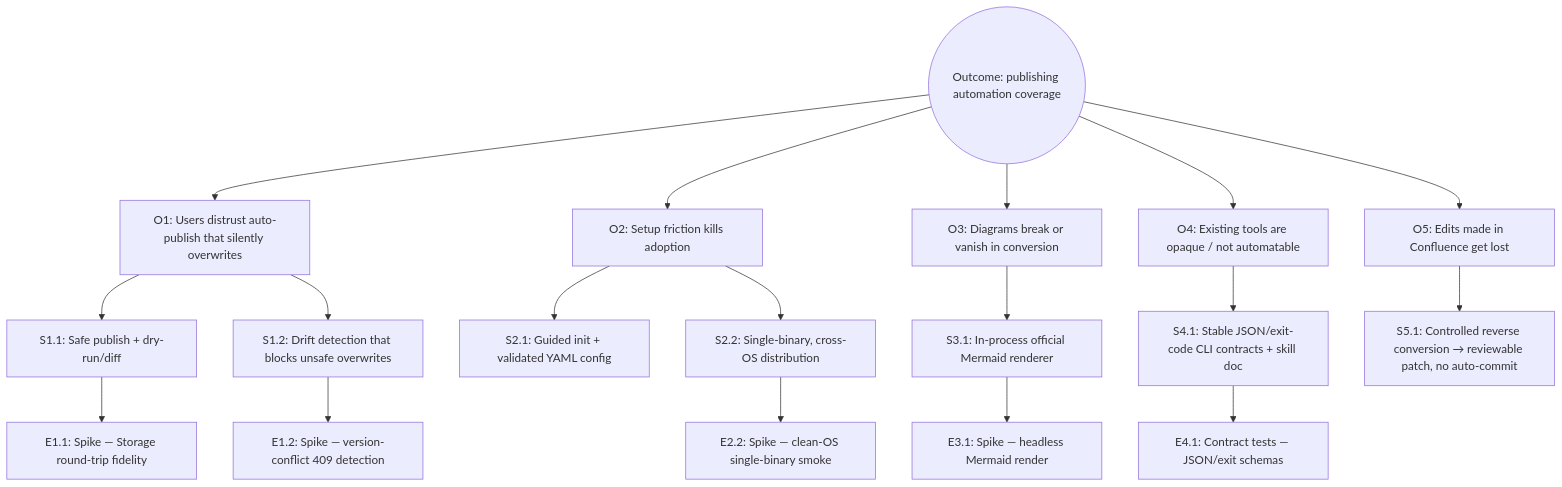
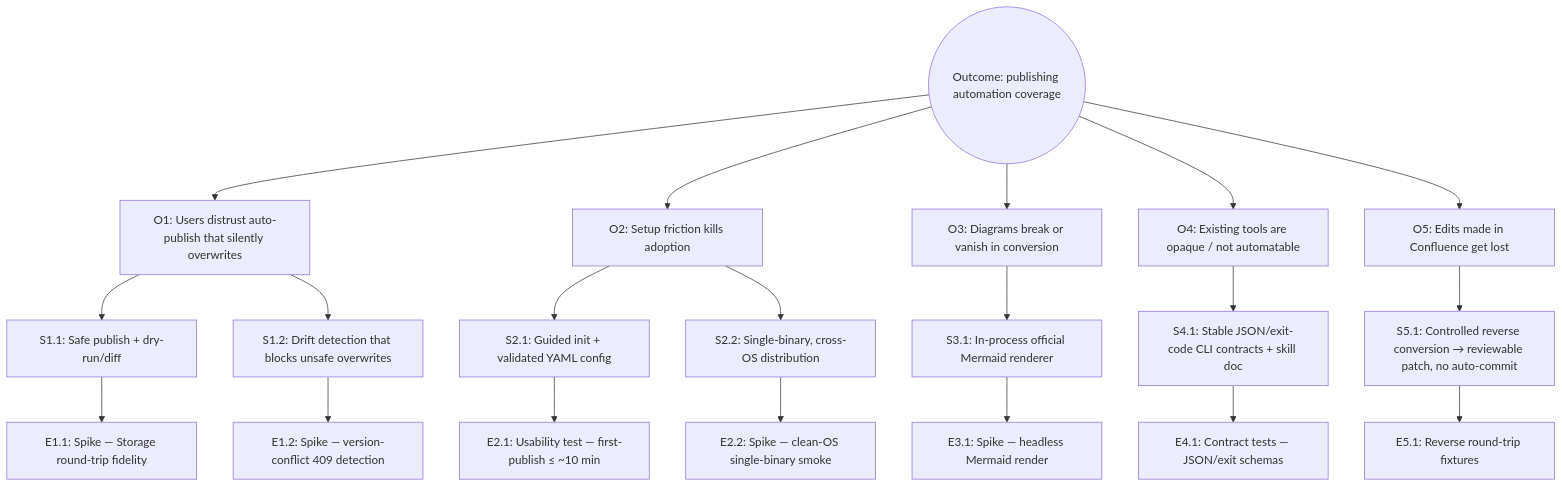
The diagram in doc/overview/opportunity-solution-tree.md (juliusz-cwiakalski/marksync), drawn with Mermaid before and after one commit. The commit also changed other lines of this file and 2 other files, not shown here.

````diff
--- a/doc/overview/opportunity-solution-tree.md
+++ b/doc/overview/opportunity-solution-tree.md
@@ -32,31 +33,33 @@
 ```mermaid
 flowchart TD
     O((Outcome: publishing automation coverage))
     O1[O1: Users distrust auto-publish that silently overwrites]
     O2[O2: Setup friction kills adoption]
     O3[O3: Diagrams break or vanish in conversion]
     O4[O4: Existing tools are opaque / not automatable]
     O5[O5: Edits made in Confluence get lost]
 
     S11[S1.1: Safe publish + dry-run/diff]
     S12[S1.2: Drift detection that blocks unsafe overwrites]
     S21[S2.1: Guided init + validated YAML config]
     S22[S2.2: Single-binary, cross-OS distribution]
     S31[S3.1: In-process official Mermaid renderer]
     S41[S4.1: Stable JSON/exit-code CLI contracts + skill doc]
     S51[S5.1: Controlled reverse conversion → reviewable patch, no auto-commit]
 
     O --> O1 --> S11 --> E11
     O1 --> S12 --> E12
-    O --> O2 --> S21
+    O --> O2 --> S21 --> E21
     O2 --> S22 --> E22
     O --> O3 --> S31 --> E31
     O --> O4 --> S41 --> E41
-    O --> O5 --> S51
+    O --> O5 --> S51 --> E51
 
     E11[E1.1: Spike — Storage round-trip fidelity]
     E12[E1.2: Spike — version-conflict 409 detection]
+    E21[E2.1: Usability test — first-publish ≤ ~10 min]
     E22[E2.2: Spike — clean-OS single-binary smoke]
     E31[E3.1: Spike — headless Mermaid render]
     E41[E4.1: Contract tests — JSON/exit schemas]
+    E51[E5.1: Reverse round-trip fixtures]
 ```
````
